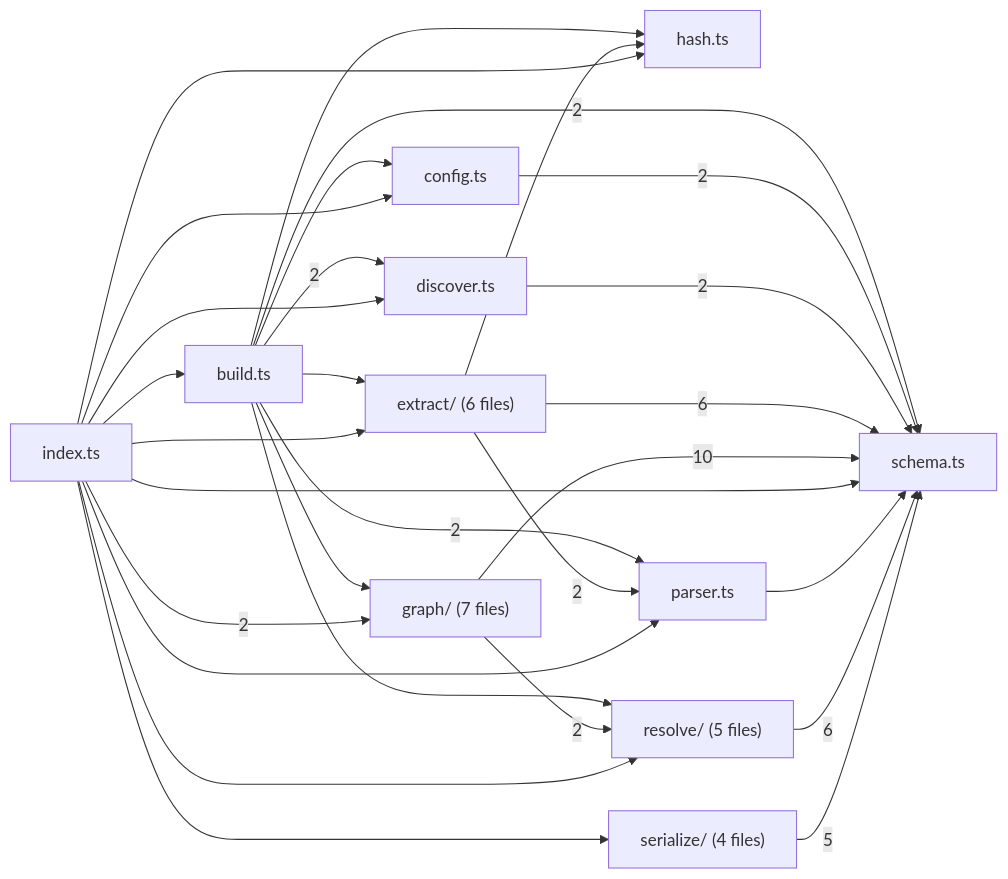
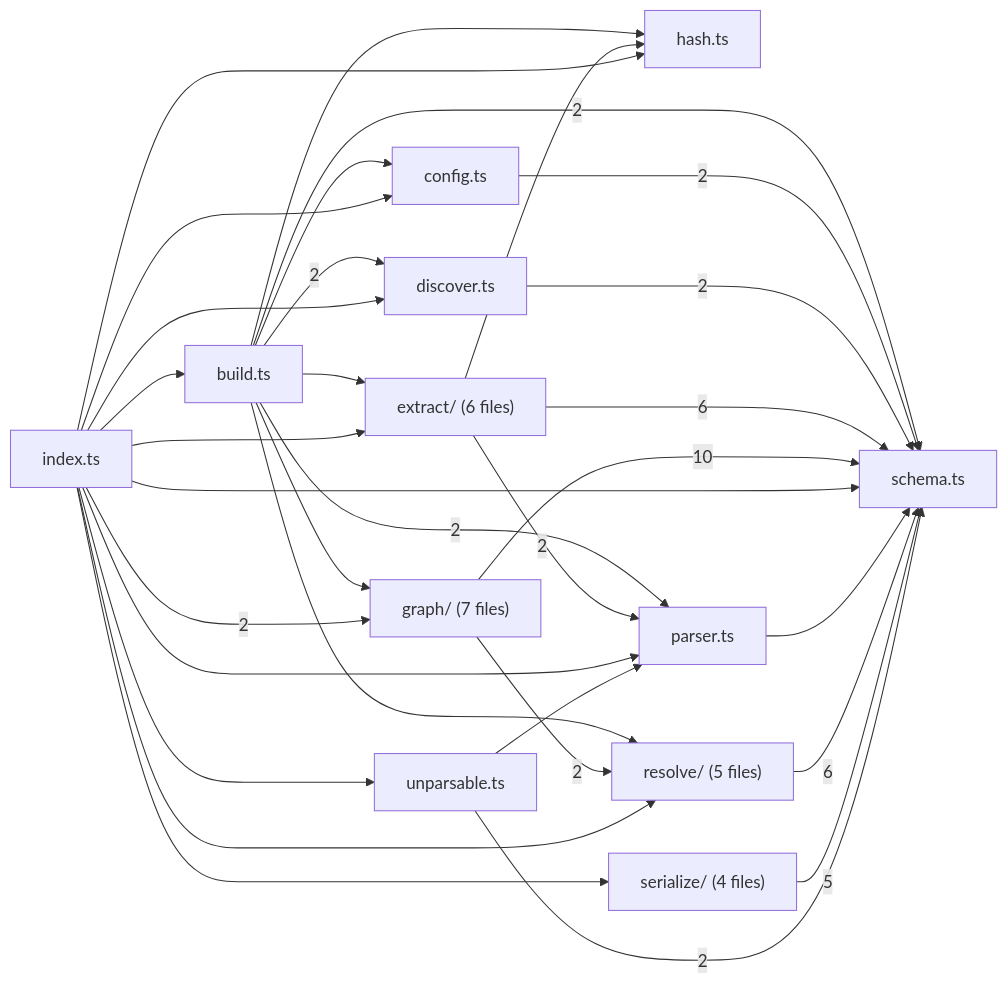
The second of 6 diagrams in .greplost/packages/greplost__core/MAP.md (sns45/greplost), drawn with Mermaid before and after one commit. The commit also changed other lines of this file and 25 other files, not shown here.

````diff
--- a/.greplost/packages/greplost__core/MAP.md
+++ b/.greplost/packages/greplost__core/MAP.md
@@ -91,42 +93,46 @@
 ```mermaid
 graph LR
   packages_core_src_build_ts["build.ts"]
   packages_core_src_config_ts["config.ts"]
   packages_core_src_discover_ts["discover.ts"]
   packages_core_src_extract["extract/ #40;6 files#41;"]
   packages_core_src_graph["graph/ #40;7 files#41;"]
   packages_core_src_hash_ts["hash.ts"]
   packages_core_src_index_ts["index.ts"]
   packages_core_src_parser_ts["parser.ts"]
   packages_core_src_resolve["resolve/ #40;5 files#41;"]
   packages_core_src_schema_ts["schema.ts"]
   packages_core_src_serialize["serialize/ #40;4 files#41;"]
+  packages_core_src_unparsable_ts["unparsable.ts"]
   packages_core_src_build_ts --> packages_core_src_config_ts
   packages_core_src_build_ts -->|2| packages_core_src_discover_ts
   packages_core_src_build_ts --> packages_core_src_extract
   packages_core_src_build_ts --> packages_core_src_graph
   packages_core_src_build_ts --> packages_core_src_hash_ts
   packages_core_src_build_ts -->|2| packages_core_src_parser_ts
   packages_core_src_build_ts --> packages_core_src_resolve
   packages_core_src_build_ts -->|2| packages_core_src_schema_ts
   packages_core_src_config_ts -->|2| packages_core_src_schema_ts
   packages_core_src_discover_ts -->|2| packages_core_src_schema_ts
   packages_core_src_extract --> packages_core_src_hash_ts
   packages_core_src_extract -->|2| packages_core_src_parser_ts
   packages_core_src_extract -->|6| packages_core_src_schema_ts
   packages_core_src_graph -->|2| packages_core_src_resolve
   packages_core_src_graph -->|10| packages_core_src_schema_ts
   packages_core_src_index_ts --> packages_core_src_build_ts
   packages_core_src_index_ts --> packages_core_src_config_ts
   packages_core_src_index_ts --> packages_core_src_discover_ts
   packages_core_src_index_ts --> packages_core_src_extract
   packages_core_src_index_ts -->|2| packages_core_src_graph
   packages_core_src_index_ts --> packages_core_src_hash_ts
   packages_core_src_index_ts --> packages_core_src_parser_ts
   packages_core_src_index_ts --> packages_core_src_resolve
   packages_core_src_index_ts --> packages_core_src_schema_ts
   packages_core_src_index_ts --> packages_core_src_serialize
+  packages_core_src_index_ts --> packages_core_src_unparsable_ts
   packages_core_src_parser_ts --> packages_core_src_schema_ts
   packages_core_src_resolve -->|6| packages_core_src_schema_ts
   packages_core_src_serialize -->|5| packages_core_src_schema_ts
+  packages_core_src_unparsable_ts --> packages_core_src_parser_ts
+  packages_core_src_unparsable_ts -->|2| packages_core_src_schema_ts
 ```
````
